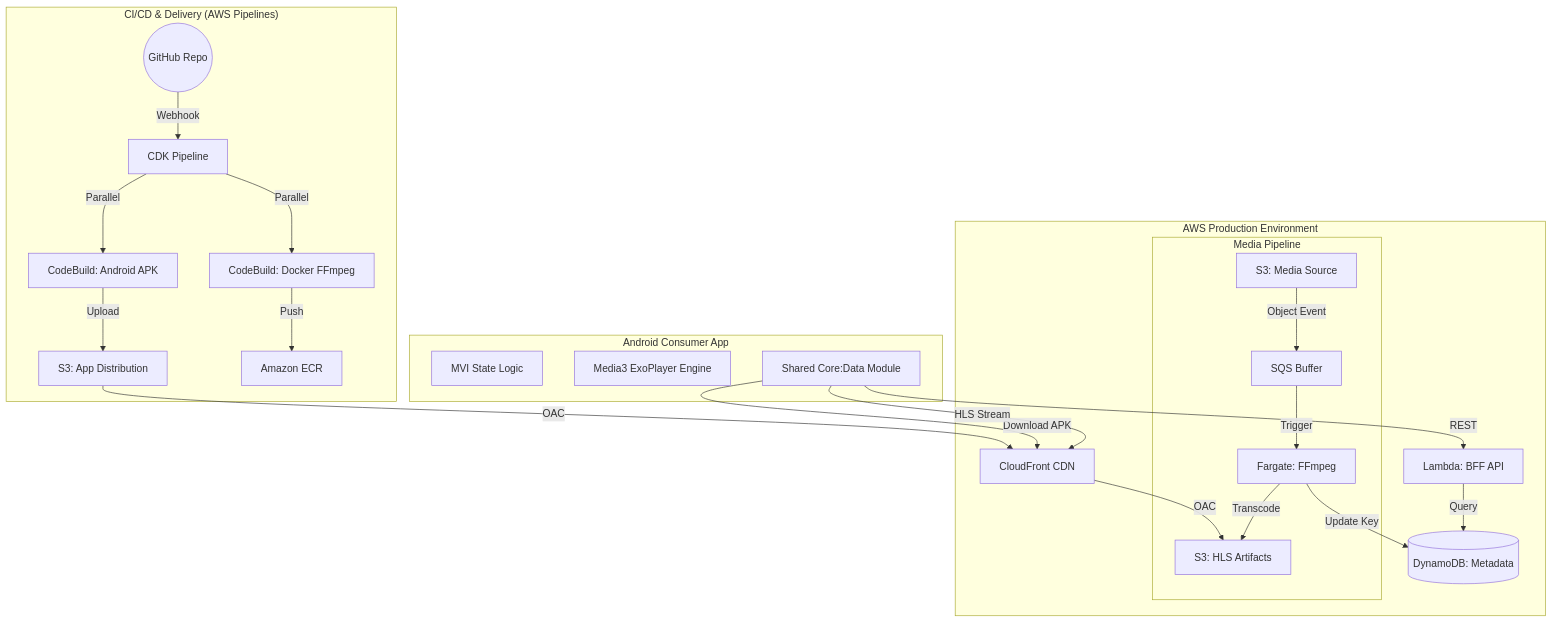
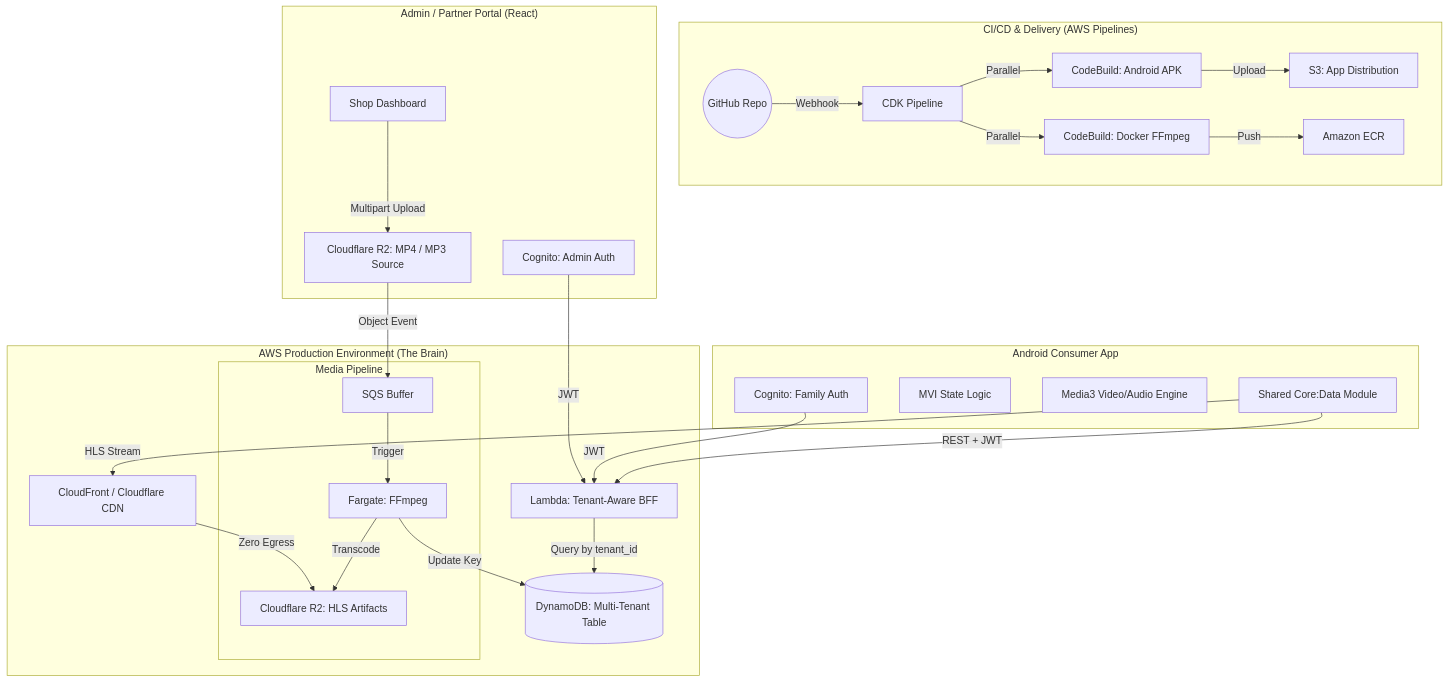
The diagram in docs/system-design.md (anlalama1/Personal-Video-Streaming-Service), drawn with Mermaid before and after one commit. The commit also changed other lines of this file and 3 other files, not shown here.

````diff
--- a/docs/system-design.md
+++ b/docs/system-design.md
@@ -7,45 +7,51 @@
 ```mermaid
 graph TD
     subgraph "CI/CD & Delivery (AWS Pipelines)"
         GH((GitHub Repo)) -->|Webhook| PIPE[CDK Pipeline]
         PIPE -->|Parallel| BUILD_APP[CodeBuild: Android APK]
         PIPE -->|Parallel| BUILD_IMG[CodeBuild: Docker FFmpeg]
         BUILD_APP -->|Upload| DIST_S3[S3: App Distribution]
         BUILD_IMG -->|Push| ECR[Amazon ECR]
     end
 
+    subgraph "Admin / Partner Portal (React)"
+        AUTH_A[Cognito: Admin Auth]
+        PORTAL[Shop Dashboard]
+        PORTAL -->|Multipart Upload| R2_SRC[Cloudflare R2: MP4 / MP3 Source]
+    end
+
     subgraph "Android Consumer App"
+        AUTH_C[Cognito: Family Auth]
         MVI[MVI State Logic]
-        ENGINE[Media3 ExoPlayer Engine]
+        ENGINE[Media3 Video/Audio Engine]
         CORE[Shared Core:Data Module]
     end
 
-    subgraph "AWS Production Environment"
-        CDN[CloudFront CDN]
-        BFF[Lambda: BFF API]
-        DB[(DynamoDB: Metadata)]
+    subgraph "AWS Production Environment (The Brain)"
+        CDN[CloudFront / Cloudflare CDN]
+        BFF[Lambda: Tenant-Aware BFF]
+        DB[(DynamoDB: Multi-Tenant Table)]
         
         subgraph "Media Pipeline"
-            S3_SRC[S3: Media Source]
             SQS[SQS Buffer]
             FARGATE[Fargate: FFmpeg]
-            S3_HLS[S3: HLS Artifacts]
+            R2_HLS[Cloudflare R2: HLS Artifacts]
         end
     end
 
-    %% Flow: Release
-    DIST_S3 -->|OAC| CDN
-    CORE -->|Download APK| CDN
+    %% Flow: Auth
+    AUTH_A -->|JWT| BFF
+    AUTH_C -->|JWT| BFF
 
     %% Flow: Runtime
-    CORE -->|REST| BFF
-    BFF -->|Query| DB
+    CORE -->|REST + JWT| BFF
+    BFF -->|Query by tenant_id| DB
     CORE -->|HLS Stream| CDN
-    CDN -->|OAC| S3_HLS
+    CDN -->|Zero Egress| R2_HLS
     
     %% Flow: Processing
-    S3_SRC -->|Object Event| SQS
+    R2_SRC -->|Object Event| SQS
     SQS -->|Trigger| FARGATE
-    FARGATE -->|Transcode| S3_HLS
+    FARGATE -->|Transcode| R2_HLS
     FARGATE -->|Update Key| DB
 ```
````
